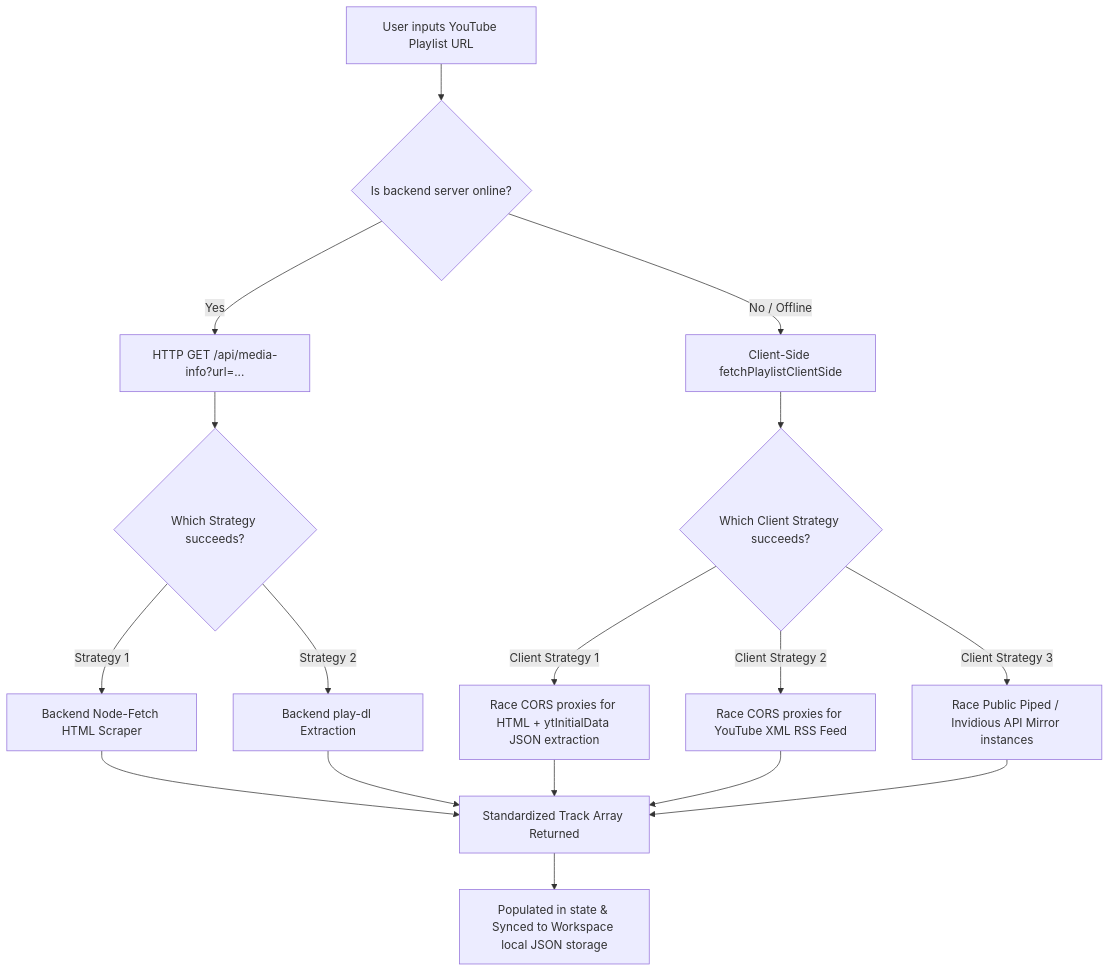
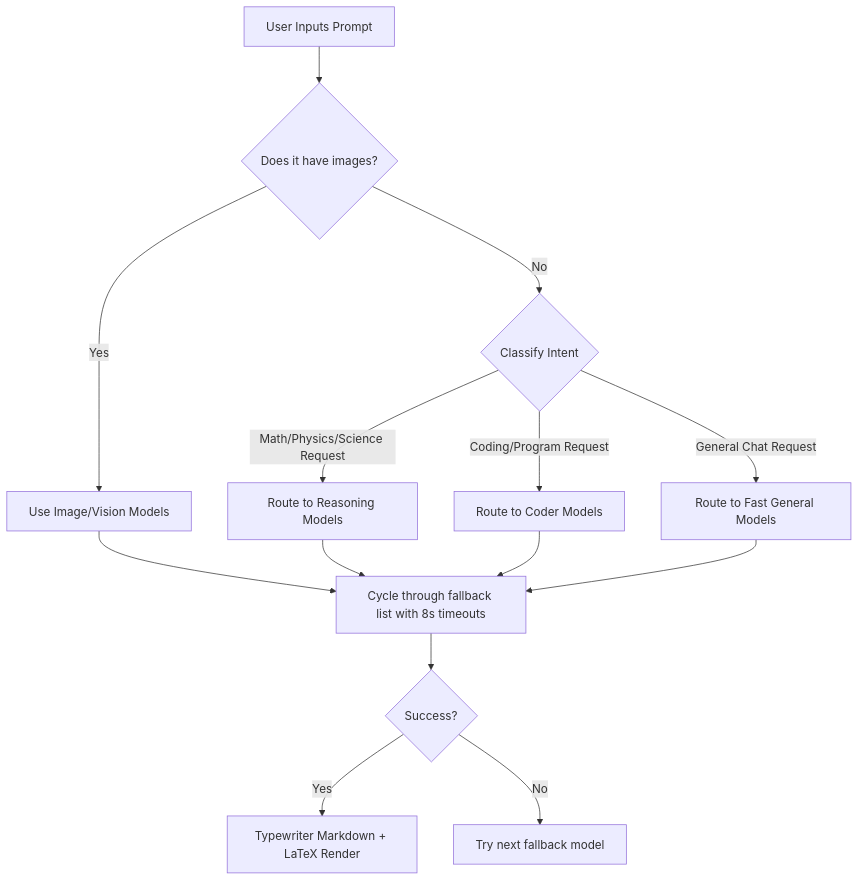
Before and after one commit to codingwithom/JeeAppv9: the diagram in artifacts/jee-prep/README.md, drawn with Mermaid. The commit also changed other lines of this file and 2 other files, not shown here.

````diff
--- a/artifacts/jee-prep/README.md
+++ b/artifacts/jee-prep/README.md
@@ -143,18 +143,15 @@
 ```mermaid
 flowchart TD
-    A[User inputs YouTube Playlist URL] --> B{Is backend server online?}
+    A[User Inputs Prompt] --> B{Does it have images?}
+    B -- Yes --> C[Use Image/Vision Models]
+    B -- No --> D{Classify Intent}
     
-    B -- Yes --> C[HTTP GET /api/media-info?url=...]
-    C --> D{Which Strategy succeeds?}
-    D -- Strategy 1 --> E[Backend Node-Fetch HTML Scraper]
-    D -- Strategy 2 --> F[Backend play-dl Extraction]
+    D -- Math/Physics/Science Request --> E[Route to Reasoning Models]
+    D -- Coding/Program Request --> F[Route to Coder Models]
+    D -- General Chat Request --> G[Route to Fast General Models]
     
-    B -- No / Offline --> G[Client-Side fetchPlaylistClientSide]
-    G --> H{Which Client Strategy succeeds?}
-    H -- Client Strategy 1 --> I[Race CORS proxies for HTML + ytInitialData JSON extraction]
-    H -- Client Strategy 2 --> J[Race CORS proxies for YouTube XML RSS Feed]
-    H -- Client Strategy 3 --> K[Race Public Piped / Invidious API Mirror instances]
-    
-    E & F & I & J & K --> L[Standardized Track Array Returned]
-    L --> M[Populated in state & Synced to Workspace local JSON storage]
+    C & E & F & G --> H[Cycle through fallback list with 8s timeouts]
+    H --> I{Success?}
+    I -- Yes --> J[Typewriter Markdown + LaTeX Render]
+    I -- No --> K[Try next fallback model]
 ```
````
